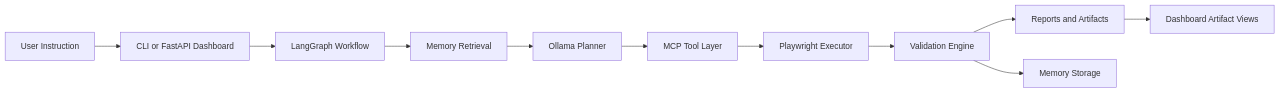
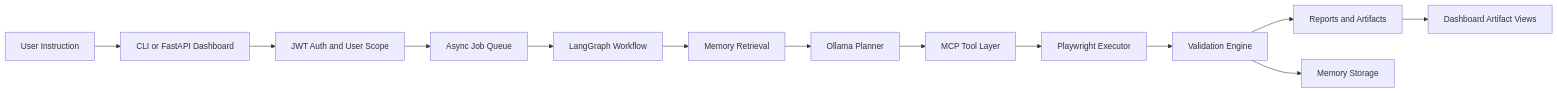
Before and after one commit to nexusBL/SentinelAI: the diagram in README.md, drawn with Mermaid. The commit also changed other lines of this file and 32 other files, not shown here.

````diff
--- a/README.md
+++ b/README.md
@@ -34,13 +34,15 @@
 ```mermaid
 flowchart LR
     U[User Instruction] --> UI[CLI or FastAPI Dashboard]
-    UI --> G[LangGraph Workflow]
+    UI --> AUTH[JWT Auth and User Scope]
+    AUTH --> J[Async Job Queue]
+    J --> G[LangGraph Workflow]
     G --> MR[Memory Retrieval]
     MR --> P[Ollama Planner]
     P --> MCP[MCP Tool Layer]
     MCP --> E[Playwright Executor]
     E --> V[Validation Engine]
     V --> R[Reports and Artifacts]
     V --> MW[Memory Storage]
     R --> D[Dashboard Artifact Views]
 ```
````
